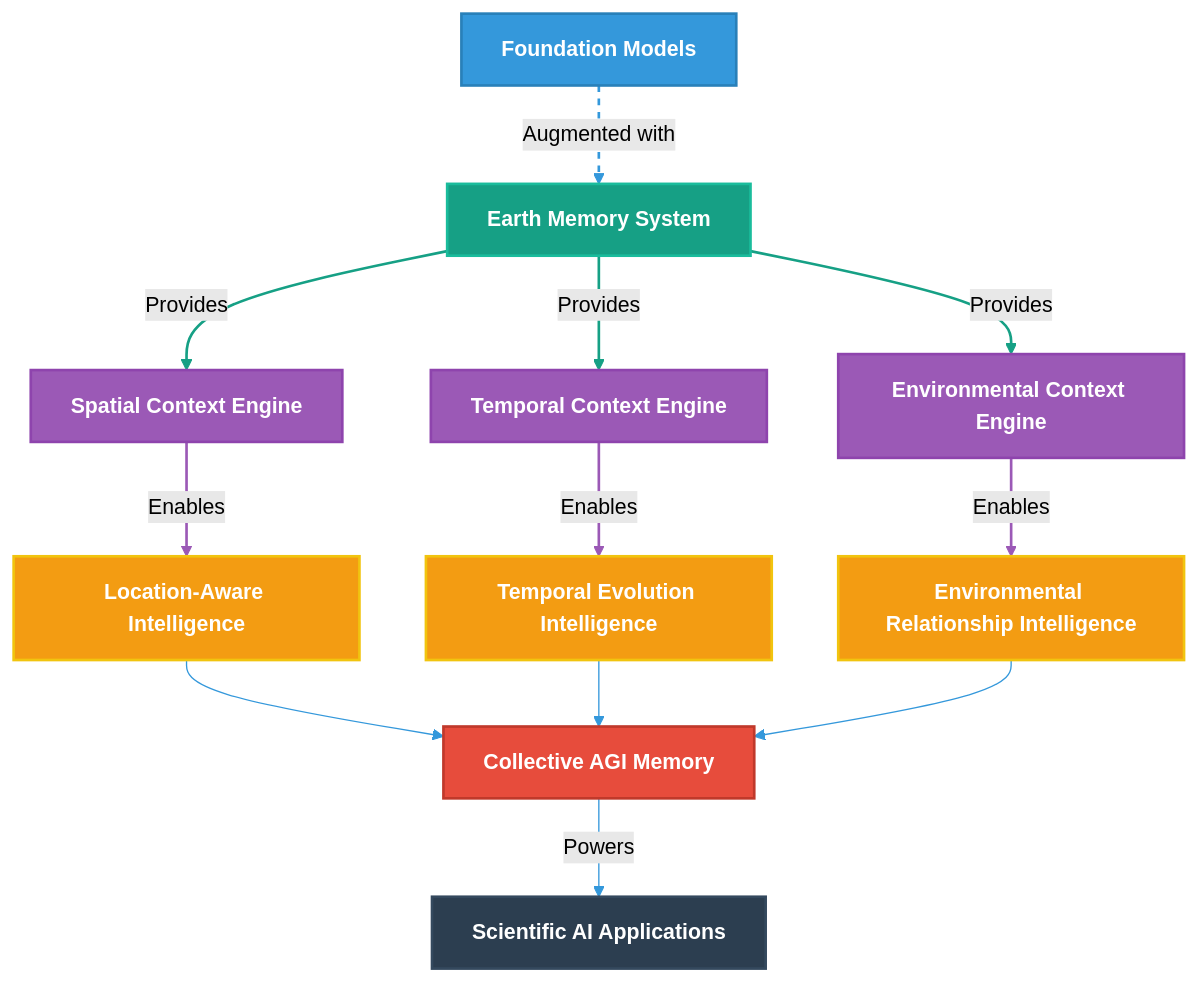
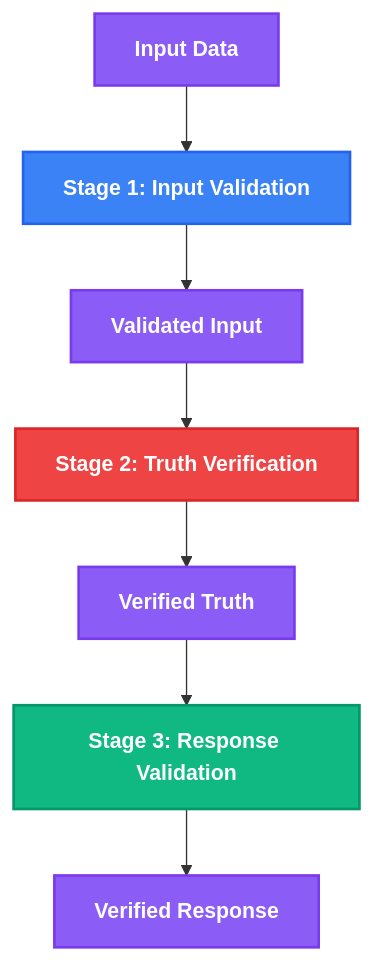
Before and after one commit to Vortx-AI/memories-dev: the first of 2 diagrams in README.md, drawn with Mermaid. The commit also changed other lines of this file, not shown here.

Commit message:
Update README to focus on Test-Time Memory Framework and reliability features

````diff
--- a/README.md
+++ b/README.md
@@ -545,37 +69,22 @@
 ```mermaid
-%%{init: {'theme': 'forest', 'themeVariables': { 'primaryColor': '#1f77b4', 'primaryTextColor': '#fff', 'primaryBorderColor': '#0d6efd', 'lineColor': '#3498db', 'secondaryColor': '#16a085', 'tertiaryColor': '#2980b9'}}}%%
 graph TD
-    classDef foundationModels fill:#3498db,stroke:#2980b9,stroke-width:2px,color:white,font-weight:bold
-    classDef earthMemory fill:#16a085,stroke:#1abc9c,stroke-width:2px,color:white,font-weight:bold
-    classDef contextNodes fill:#9b59b6,stroke:#8e44ad,stroke-width:2px,color:white,font-weight:bold
-    classDef intelligenceNodes fill:#f39c12,stroke:#f1c40f,stroke-width:2px,color:white,font-weight:bold
-    classDef memoryNode fill:#e74c3c,stroke:#c0392b,stroke-width:2px,color:white,font-weight:bold
-    classDef appNode fill:#2c3e50,stroke:#34495e,stroke-width:2px,color:white,font-weight:bold
+    classDef inputStage fill:#3b82f6,stroke:#2563eb,stroke-width:2px,color:white,font-weight:bold
+    classDef truthStage fill:#ef4444,stroke:#dc2626,stroke-width:2px,color:white,font-weight:bold
+    classDef responseStage fill:#10b981,stroke:#059669,stroke-width:2px,color:white,font-weight:bold
+    classDef dataFlow fill:#8b5cf6,stroke:#7c3aed,stroke-width:2px,color:white,font-weight:bold
     
-    A[Foundation Models] -->|Augmented with| B[Earth Memory System]
-    B -->|Provides| C[Spatial Context Engine]
-    B -->|Provides| D[Temporal Context Engine]
-    B -->|Provides| E[Environmental Context Engine]
-    C -->|Enables| F[Location-Aware Intelligence]
-    D -->|Enables| G[Temporal Evolution Intelligence]
-    E -->|Enables| H[Environmental Relationship Intelligence]
-    F --> I[Collective AGI Memory]
-    G --> I
-    H --> I
-    I -->|Powers| J[Scientific AI Applications]
+    A[Input Data] --> B[Stage 1: Input Validation]
+    B --> C[Validated Input]
+    C --> D[Stage 2: Truth Verification]
+    D --> E[Verified Truth]
+    E --> F[Stage 3: Response Validation]
+    F --> G[Verified Response]
     
-    A:::foundationModels
-    B:::earthMemory
-    C:::contextNodes
-    D:::contextNodes
-    E:::contextNodes
-    F:::intelligenceNodes
-    G:::intelligenceNodes
-    H:::intelligenceNodes
-    I:::memoryNode
-    J:::appNode
-
-    linkStyle 0 stroke:#3498db,stroke-width:2px,stroke-dasharray: 5 5
-    linkStyle 1,2,3 stroke:#16a085,stroke-width:2px
-    linkStyle 4,5,6 stroke:#9b59b6,stroke-width:2px
+    B:::inputStage
+    D:::truthStage
+    F:::responseStage
+    A:::dataFlow
+    C:::dataFlow
+    E:::dataFlow
+    G:::dataFlow
 ```
````
